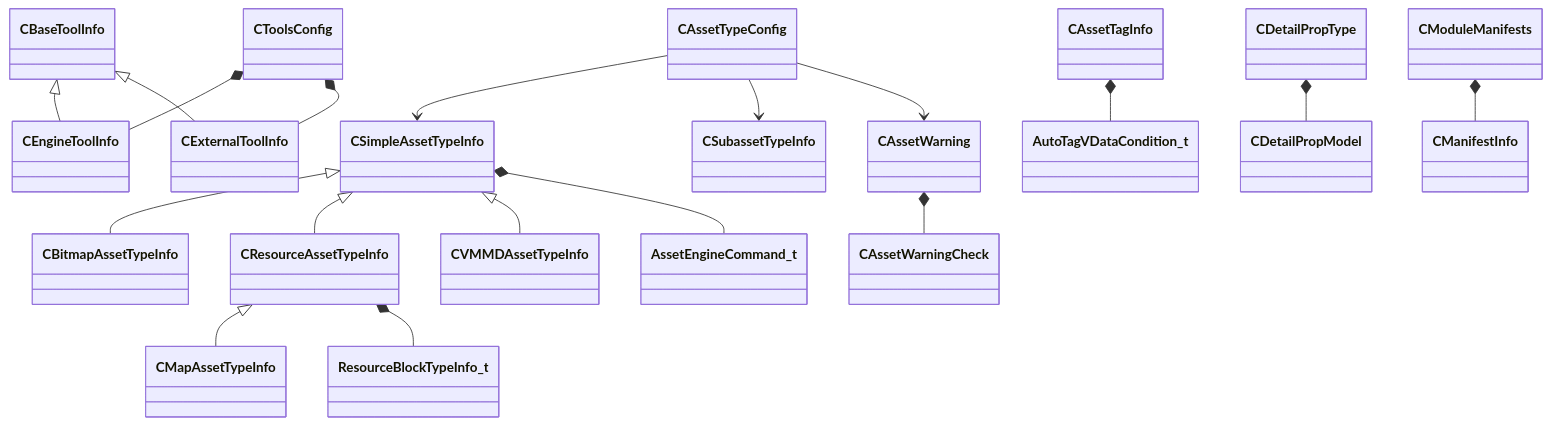
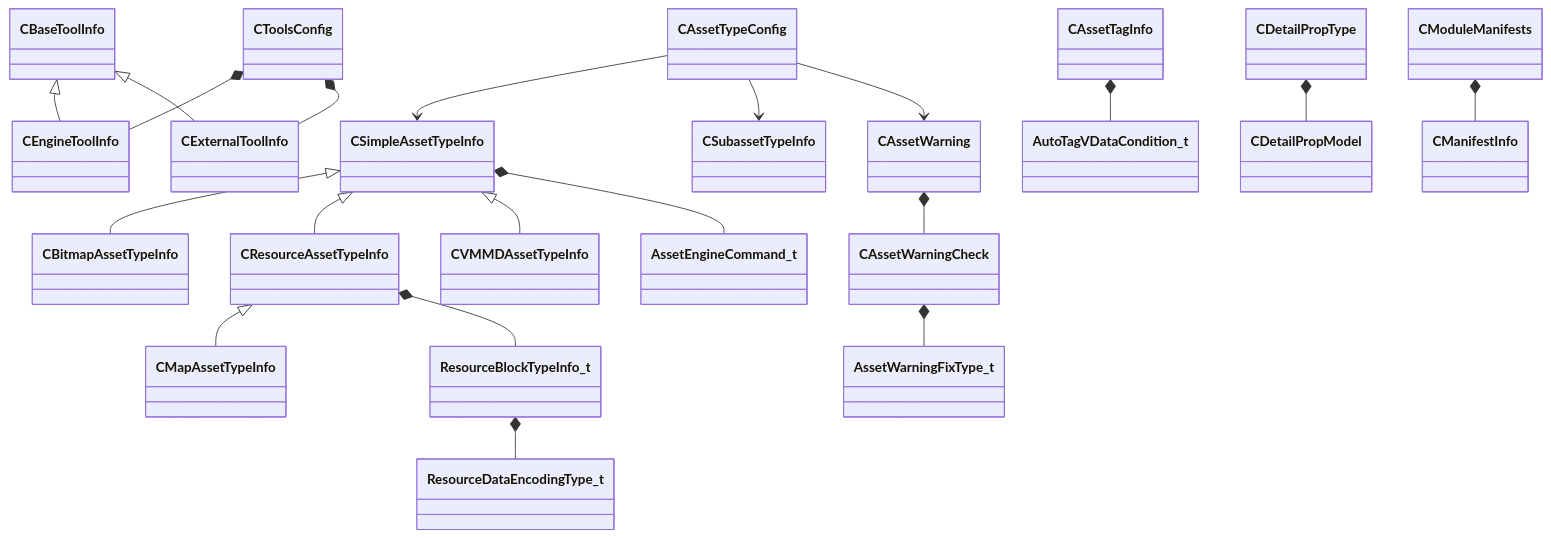
Before and after one commit to CS2OpenDev/CS2OpenDev-Docs: the diagram in docs/generated/diagrams/toolutils2.md, drawn with Mermaid. The commit also changed 2956 other files, not shown here.

````diff
--- a/docs/generated/diagrams/toolutils2.md
+++ b/docs/generated/diagrams/toolutils2.md
@@ -14,20 +14,22 @@
 ```mermaid
 classDiagram
     CSimpleAssetTypeInfo <|-- CBitmapAssetTypeInfo
     CBaseToolInfo <|-- CEngineToolInfo
     CBaseToolInfo <|-- CExternalToolInfo
     CResourceAssetTypeInfo <|-- CMapAssetTypeInfo
     CSimpleAssetTypeInfo <|-- CResourceAssetTypeInfo
     CSimpleAssetTypeInfo <|-- CVMMDAssetTypeInfo
     CAssetTagInfo *-- AutoTagVDataCondition_t
     CAssetTypeConfig --> CSimpleAssetTypeInfo
     CAssetTypeConfig --> CSubassetTypeInfo
     CAssetTypeConfig --> CAssetWarning
     CAssetWarning *-- CAssetWarningCheck
+    CAssetWarningCheck *-- AssetWarningFixType_t
     CDetailPropType *-- CDetailPropModel
     CModuleManifests *-- CManifestInfo
     CResourceAssetTypeInfo *-- ResourceBlockTypeInfo_t
     CSimpleAssetTypeInfo *-- AssetEngineCommand_t
     CToolsConfig *-- CEngineToolInfo
     CToolsConfig *-- CExternalToolInfo
+    ResourceBlockTypeInfo_t *-- ResourceDataEncodingType_t
 ```
````
